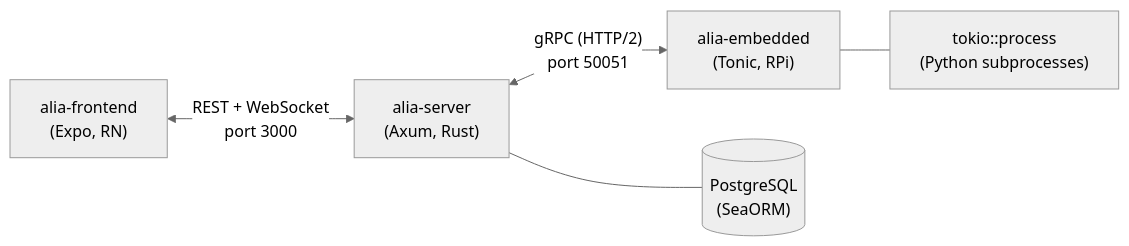
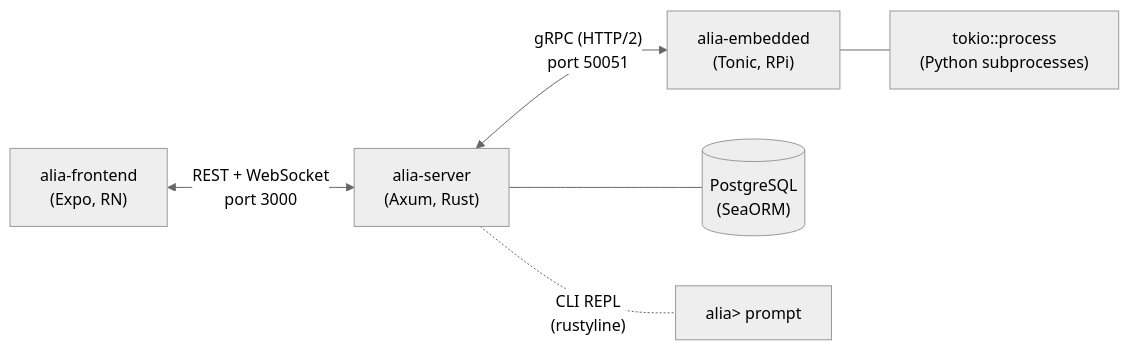
One commit to Ke-Qiao/project-alia changed the diagram in README.md. Above: the diagram before and after it, drawn with Mermaid (neutral theme). The commit also changed other lines of this file and 3 other files, not shown here.

````diff
--- a/README.md
+++ b/README.md
@@ -5,7 +5,8 @@
 ```mermaid
 graph LR
     Frontend["alia-frontend<br/>(Expo, RN)"] <-->|"REST + WebSocket<br/>port 3000"| Server["alia-server<br/>(Axum, Rust)"]
     Server <-->|"gRPC (HTTP/2)<br/>port 50051"| Embedded["alia-embedded<br/>(Tonic, RPi)"]
     Server --- DB[("PostgreSQL<br/>(SeaORM)")]
+    Server -.-|"CLI REPL<br/>(rustyline)"| CLI["alia> prompt"]
     Embedded --- Proc["tokio::process<br/>(Python subprocesses)"]
 ```
````
